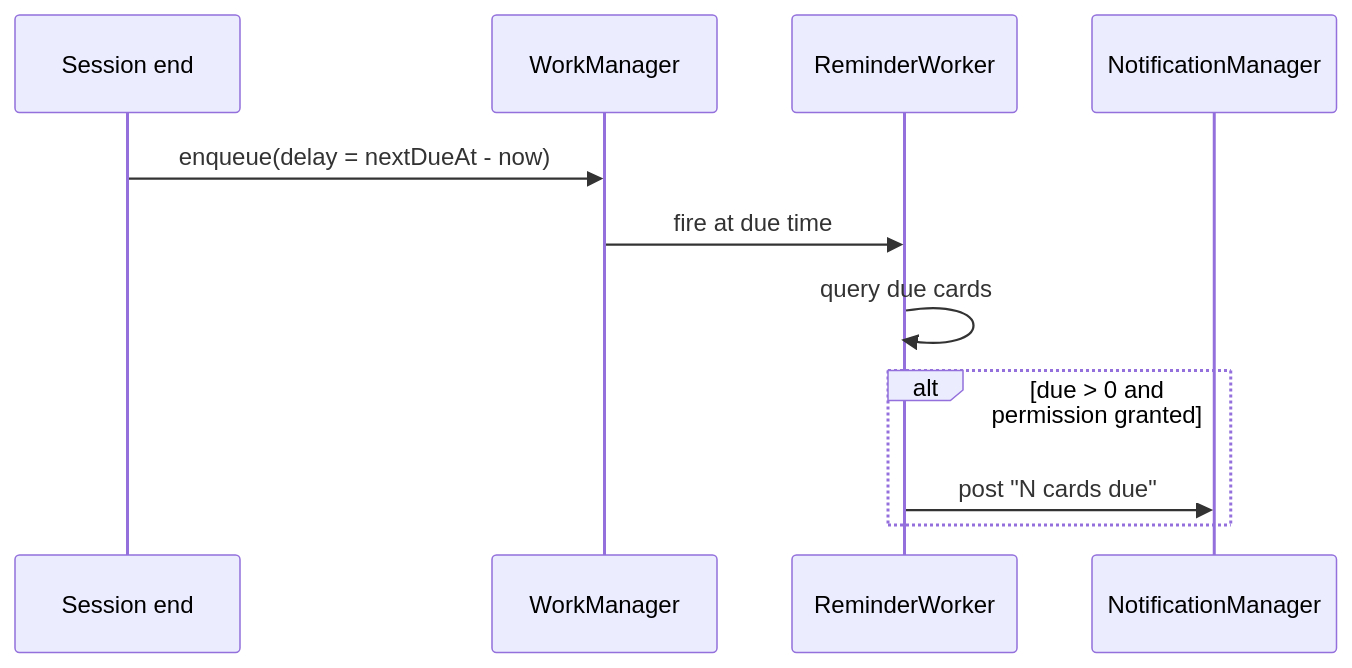
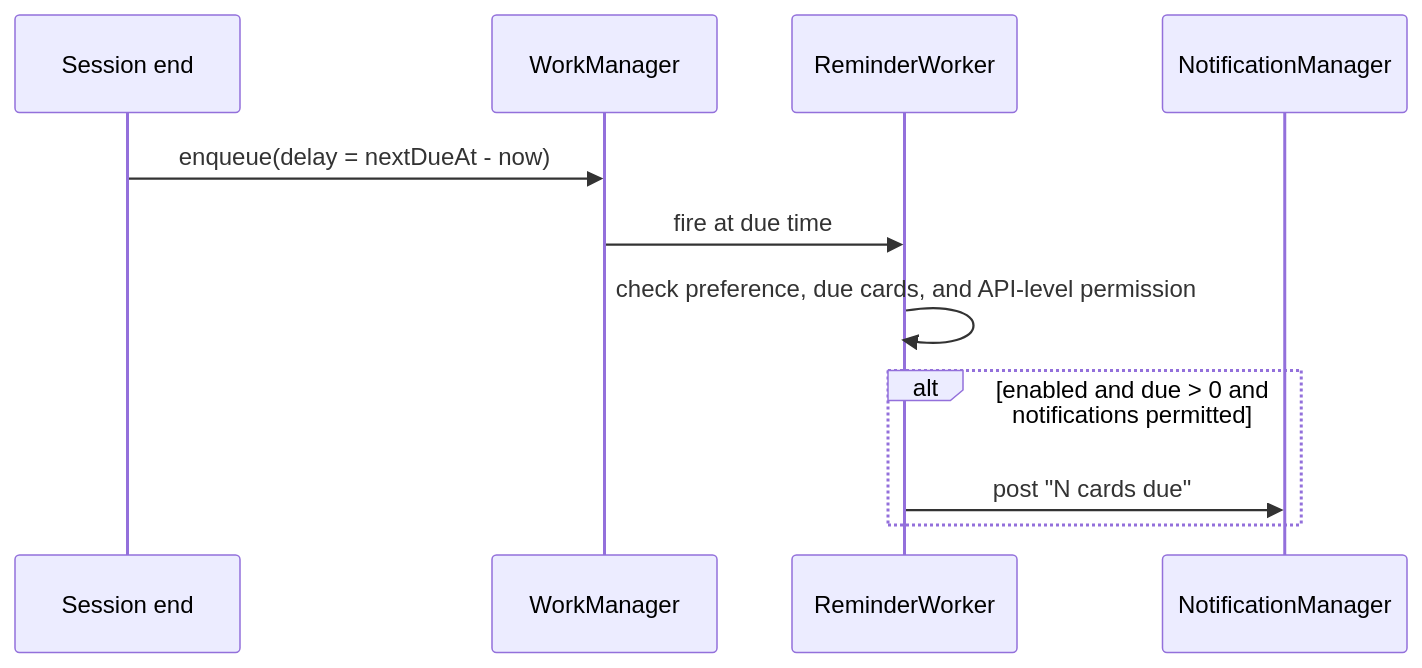
The diagram in docs/adr/0007-workmanager-for-reminders.md (patbaumgartner/spaced-repeater-android), drawn with Mermaid before and after one commit. The commit also changed other lines of this file and 43 other files, not shown here.

````diff
--- a/docs/adr/0007-workmanager-for-reminders.md
+++ b/docs/adr/0007-workmanager-for-reminders.md
@@ -22,13 +22,13 @@
 ```mermaid
 sequenceDiagram
     participant S as Session end
     participant WM as WorkManager
     participant W as ReminderWorker
     participant N as NotificationManager
     S->>WM: enqueue(delay = nextDueAt - now)
     WM->>W: fire at due time
-    W->>W: query due cards
-    alt due > 0 and permission granted
+    W->>W: check preference, due cards, and API-level permission
+    alt enabled and due > 0 and notifications permitted
         W->>N: post "N cards due"
     end
 ```
````
